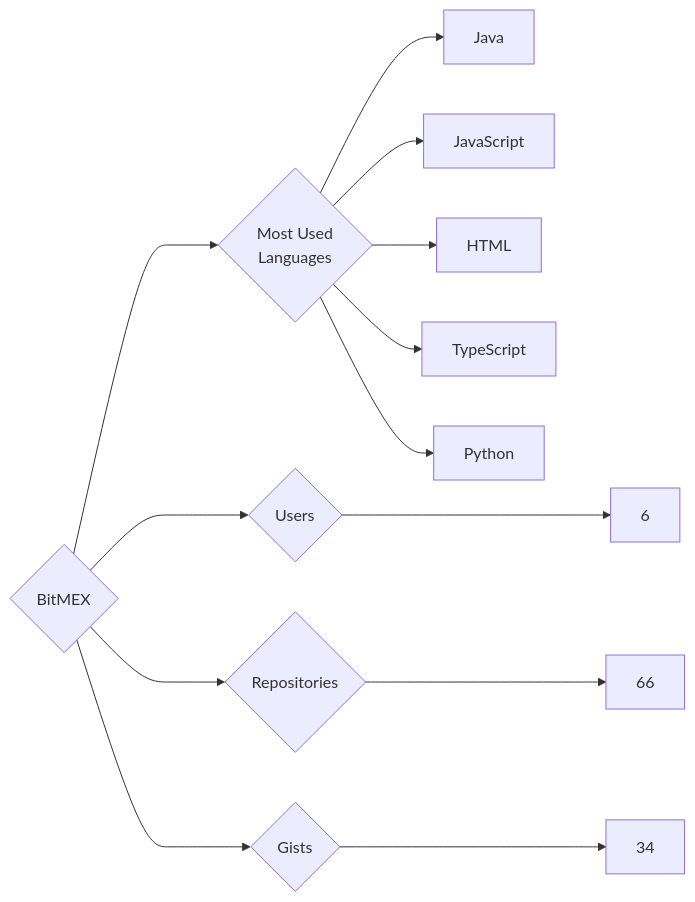
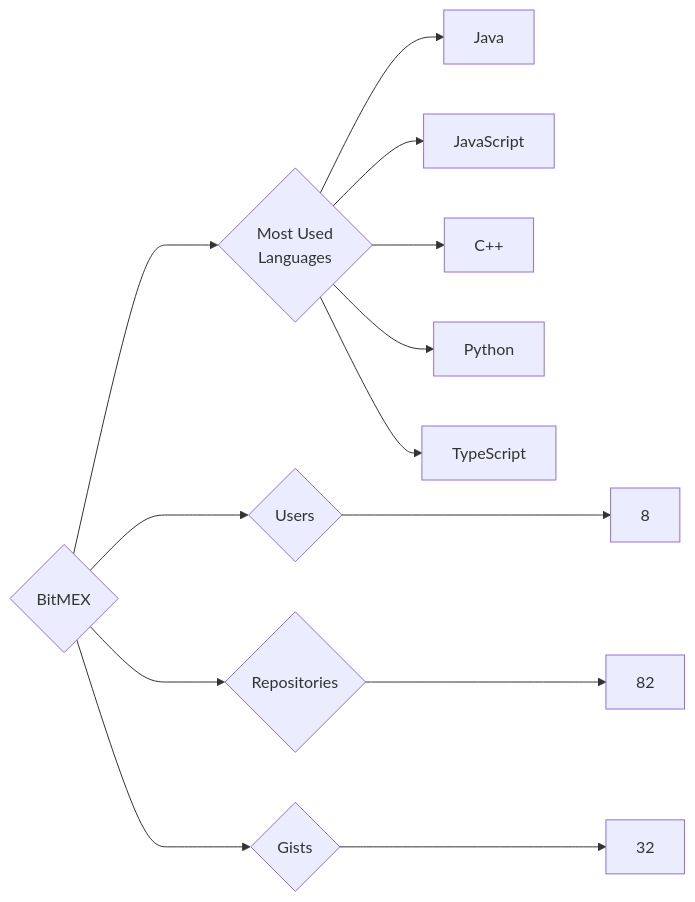
Before and after one commit to trickest/insiders: the diagram in targets/BitMEX/README.md, drawn with Mermaid. The commit also changed 942 other files, not shown here.

````diff
--- a/targets/BitMEX/README.md
+++ b/targets/BitMEX/README.md
@@ -3,13 +3,13 @@
 ```mermaid
 graph LR
 COMPANY_NAME{BitMEX}
-COMPANY_NAME ---> U{Users} ---> UN[6]
-COMPANY_NAME ---> R{Repositories} ---> RN[66]
-COMPANY_NAME ---> G{Gists} ---> GN[34]
+COMPANY_NAME ---> U{Users} ---> UN[8]
+COMPANY_NAME ---> R{Repositories} ---> RN[82]
+COMPANY_NAME ---> G{Gists} ---> GN[32]
 COMPANY_NAME ---> ML{Most Used<br>Languages}
 ML --> Java[Java]
 ML --> JavaScript[JavaScript]
-ML --> HTML[HTML]
+ML --> C++[C++]
+ML --> Python[Python]
 ML --> TypeScript[TypeScript]
-ML --> Python[Python]
 ```
````
